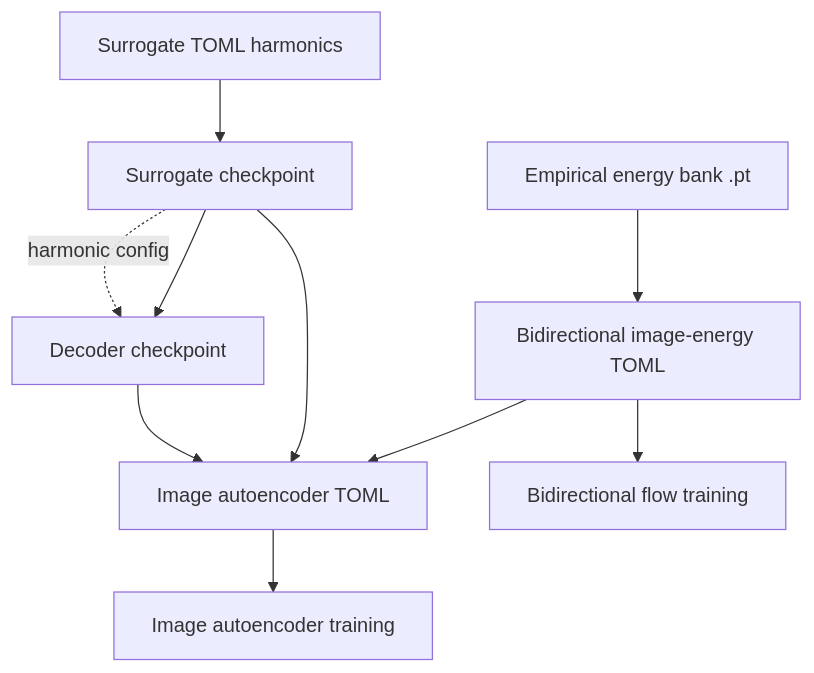
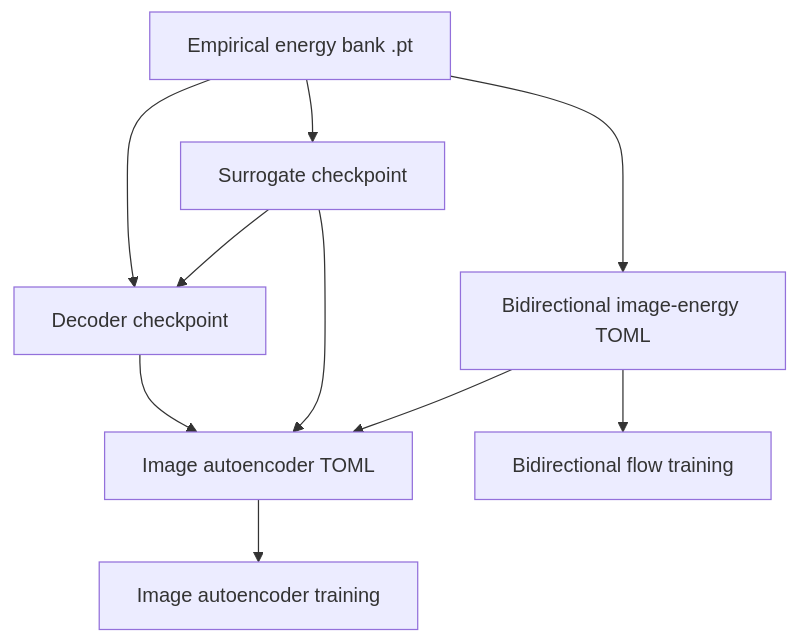
Before and after one commit to matovitch/lpap: the third of 5 diagrams in doc/training-stack.md, drawn with Mermaid. The commit also changed other lines of this file and 36 other files, not shown here.

First line of the commit message:
Train LPAP teachers on energy banks, not harmonics.

````diff
--- a/doc/training-stack.md
+++ b/doc/training-stack.md
@@ -66,20 +66,18 @@
 ```mermaid
 flowchart TD
-    harmonics_config[Surrogate TOML harmonics]
+    energy_bank[Empirical energy bank .pt]
     surrogate_ckpt[Surrogate checkpoint]
     decoder_ckpt[Decoder checkpoint]
     image_energy_flow_config[Bidirectional image-energy TOML]
-    energy_bank[Empirical energy bank .pt]
     image_autoencoder_config[Image autoencoder TOML]
 
-    harmonics_config --> surrogate_ckpt
+    energy_bank --> surrogate_ckpt
     surrogate_ckpt --> decoder_ckpt
+    energy_bank --> decoder_ckpt
     energy_bank --> image_energy_flow_config
     image_energy_flow_config --> image_energy_flow[Bidirectional flow training]
     image_energy_flow_config --> image_autoencoder_config
     surrogate_ckpt --> image_autoencoder_config
     decoder_ckpt --> image_autoencoder_config
     image_autoencoder_config --> image_autoencoder[Image autoencoder training]
-
-    surrogate_ckpt -. harmonic config .-> decoder_ckpt
 ```
````
